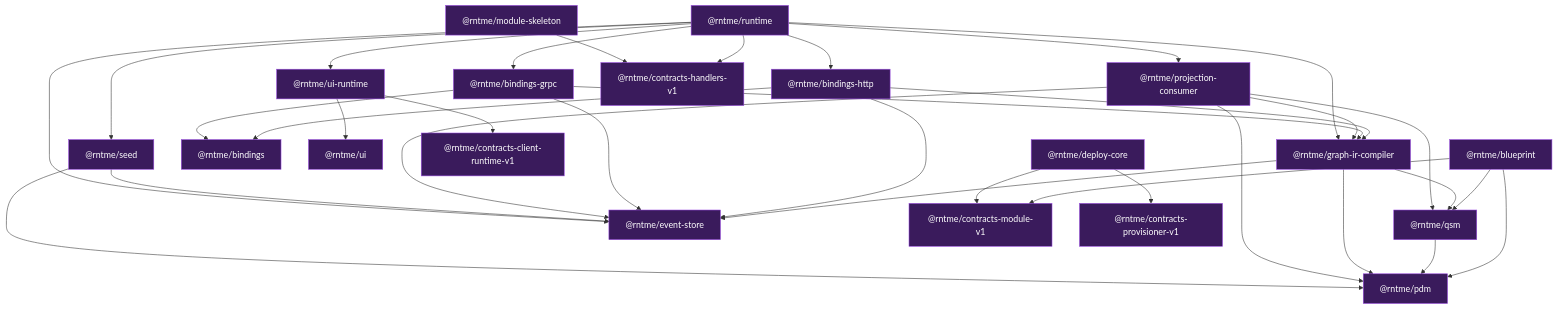
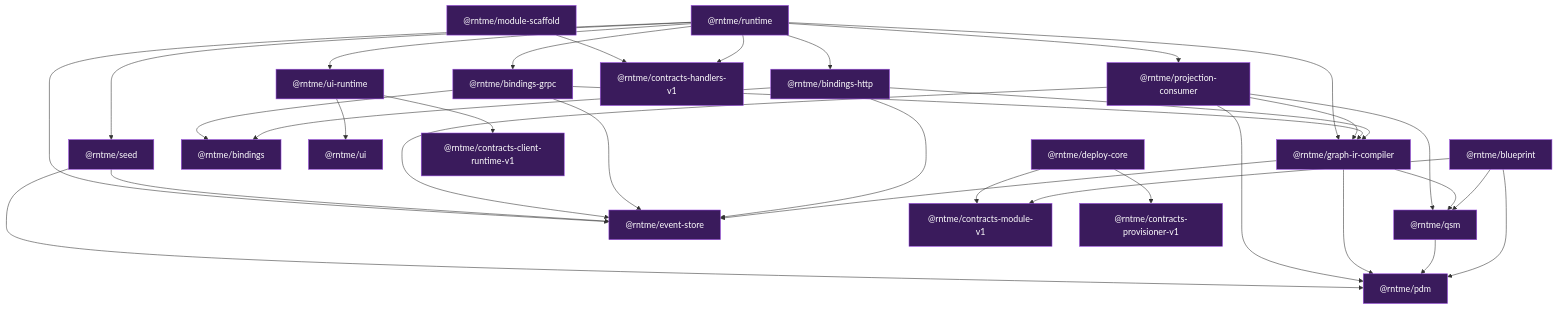
Before and after one commit to vladprrs/rntme: the second of 2 diagrams in README.md, drawn with Mermaid. The commit also changed other lines of this file and 19 other files, not shown here.

First line of the commit message:
refactor(tooling): rename module-skeleton → module-scaffold

````diff
--- a/README.md
+++ b/README.md
@@ -144,37 +144,37 @@
 ```mermaid
 flowchart TB
     classDef pkg fill:#3a1b5c,stroke:#9a4ae2,color:#fff;
     classDef demo fill:#1b5c3a,stroke:#4ae29a,color:#fff;
 
     BP["@rntme/blueprint"]:::pkg
     PDM["@rntme/pdm"]:::pkg
     QSM["@rntme/qsm"]:::pkg
     ES["@rntme/event-store"]:::pkg
     GIR["@rntme/graph-ir-compiler"]:::pkg
     B["@rntme/bindings"]:::pkg
     BH["@rntme/bindings-http"]:::pkg
     BG["@rntme/bindings-grpc"]:::pkg
     UI["@rntme/ui"]:::pkg
     UIR["@rntme/ui-runtime"]:::pkg
     PC["@rntme/projection-consumer"]:::pkg
     SD["@rntme/seed"]:::pkg
     RT["@rntme/runtime"]:::pkg
-    MS["@rntme/module-skeleton"]:::pkg
+    MS["@rntme/module-scaffold"]:::pkg
     CMV1["@rntme/contracts-module-v1"]:::pkg
     CPV1["@rntme/contracts-provisioner-v1"]:::pkg
     CCRV1["@rntme/contracts-client-runtime-v1"]:::pkg
     CHV1["@rntme/contracts-handlers-v1"]:::pkg
     DC["@rntme/deploy-core"]:::pkg
 
     BP --> PDM & QSM & CMV1
     QSM --> PDM
     GIR --> PDM & QSM & ES
     BH --> B & GIR & ES
     BG --> B & GIR & ES
     UIR --> UI & CCRV1
     PC --> ES & GIR & PDM & QSM
     SD --> ES & PDM
     RT --> BH & BG & UIR & PC & SD & GIR & ES & CHV1
     MS --> CHV1
     DC --> CMV1 & CPV1
 ```
````
